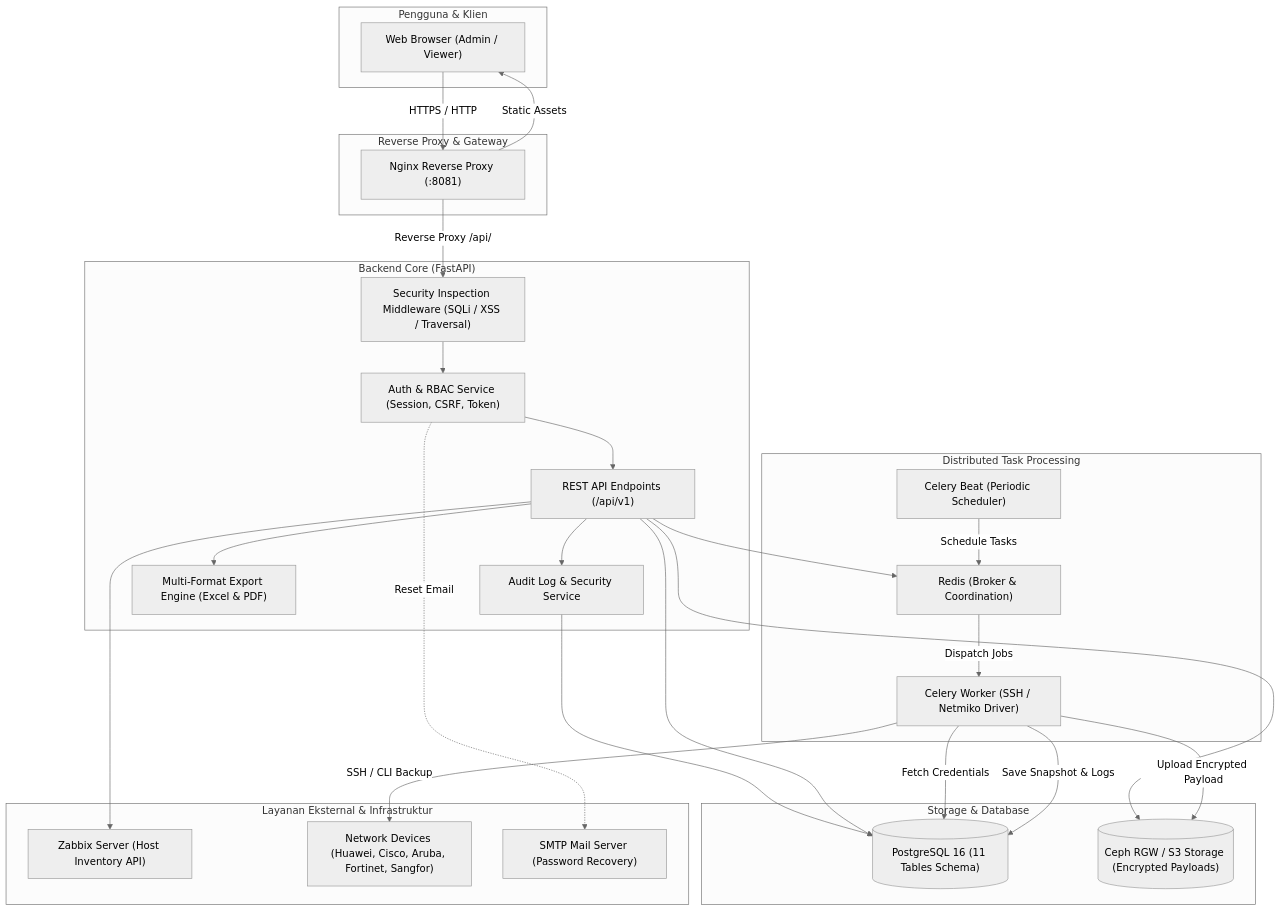
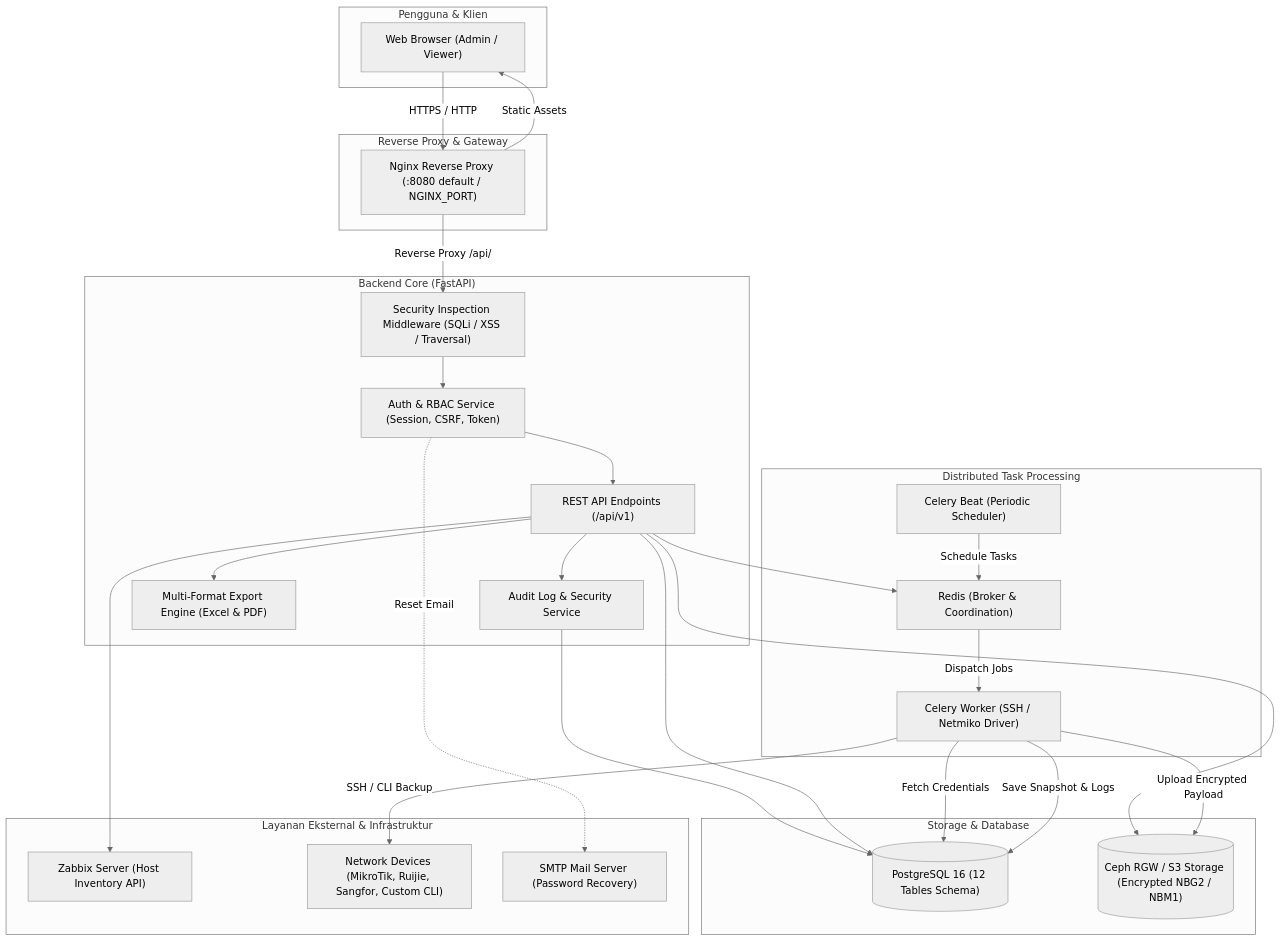
One commit to NugrohoAdySusanto/network-backup changed the diagram in README.md. Above: the diagram before and after it, drawn with Mermaid (neutral theme). The commit also changed other lines of this file and 15 other files, not shown here.

Commit message:
docs: update documentation and implementation checkpoints for AES-256-GCM encryption and database schema v2.0

````diff
--- a/README.md
+++ b/README.md
@@ -52,56 +53,56 @@
 ```mermaid
 flowchart TB
     subgraph Client["Pengguna & Klien"]
         Browser["Web Browser (Admin / Viewer)"]
     end
 
     subgraph Edge["Reverse Proxy & Gateway"]
-        Nginx["Nginx Reverse Proxy (:8081)"]
+        Nginx["Nginx Reverse Proxy (:8080 default / NGINX_PORT)"]
     end
 
     subgraph App["Backend Core (FastAPI)"]
         WAF["Security Inspection Middleware (SQLi / XSS / Traversal)"]
         Auth["Auth & RBAC Service (Session, CSRF, Token)"]
         AuditService["Audit Log & Security Service"]
         ExportService["Multi-Format Export Engine (Excel & PDF)"]
         APIRoutes["REST API Endpoints (/api/v1)"]
     end
 
     subgraph Workers["Distributed Task Processing"]
         Redis["Redis (Broker & Coordination)"]
         CeleryWorker["Celery Worker (SSH / Netmiko Driver)"]
         CeleryBeat["Celery Beat (Periodic Scheduler)"]
     end
 
     subgraph Persistence["Storage & Database"]
-        Postgres[("PostgreSQL 16 (11 Tables Schema)")]
-        CephS3[("Ceph RGW / S3 Storage (Encrypted Payloads)")]
+        Postgres[("PostgreSQL 16 (12 Tables Schema)")]
+        CephS3[("Ceph RGW / S3 Storage (Encrypted NBG2 / NBM1)")]
     end
 
     subgraph External["Layanan Eksternal & Infrastruktur"]
         Zabbix["Zabbix Server (Host Inventory API)"]
-        Devices["Network Devices (Huawei, Cisco, Aruba, Fortinet, Sangfor)"]
+        Devices["Network Devices (MikroTik, Ruijie, Sangfor, Custom CLI)"]
         SMTP["SMTP Mail Server (Password Recovery)"]
     end
 
     Browser -->|HTTPS / HTTP| Nginx
     Nginx -->|Static Assets| Browser
     Nginx -->|Reverse Proxy /api/| WAF
     WAF --> Auth
     Auth --> APIRoutes
     APIRoutes --> AuditService
     AuditService --> Postgres
     APIRoutes --> ExportService
     APIRoutes --> Postgres
     APIRoutes --> Redis
     APIRoutes --> Zabbix
     APIRoutes --> CephS3
     Auth -.->|Reset Email| SMTP
 
     CeleryBeat -->|Schedule Tasks| Redis
     Redis -->|Dispatch Jobs| CeleryWorker
     CeleryWorker -->|Fetch Credentials| Postgres
     CeleryWorker -->|SSH / CLI Backup| Devices
     CeleryWorker -->|Upload Encrypted Payload| CephS3
     CeleryWorker -->|Save Snapshot & Logs| Postgres
 ```
````
